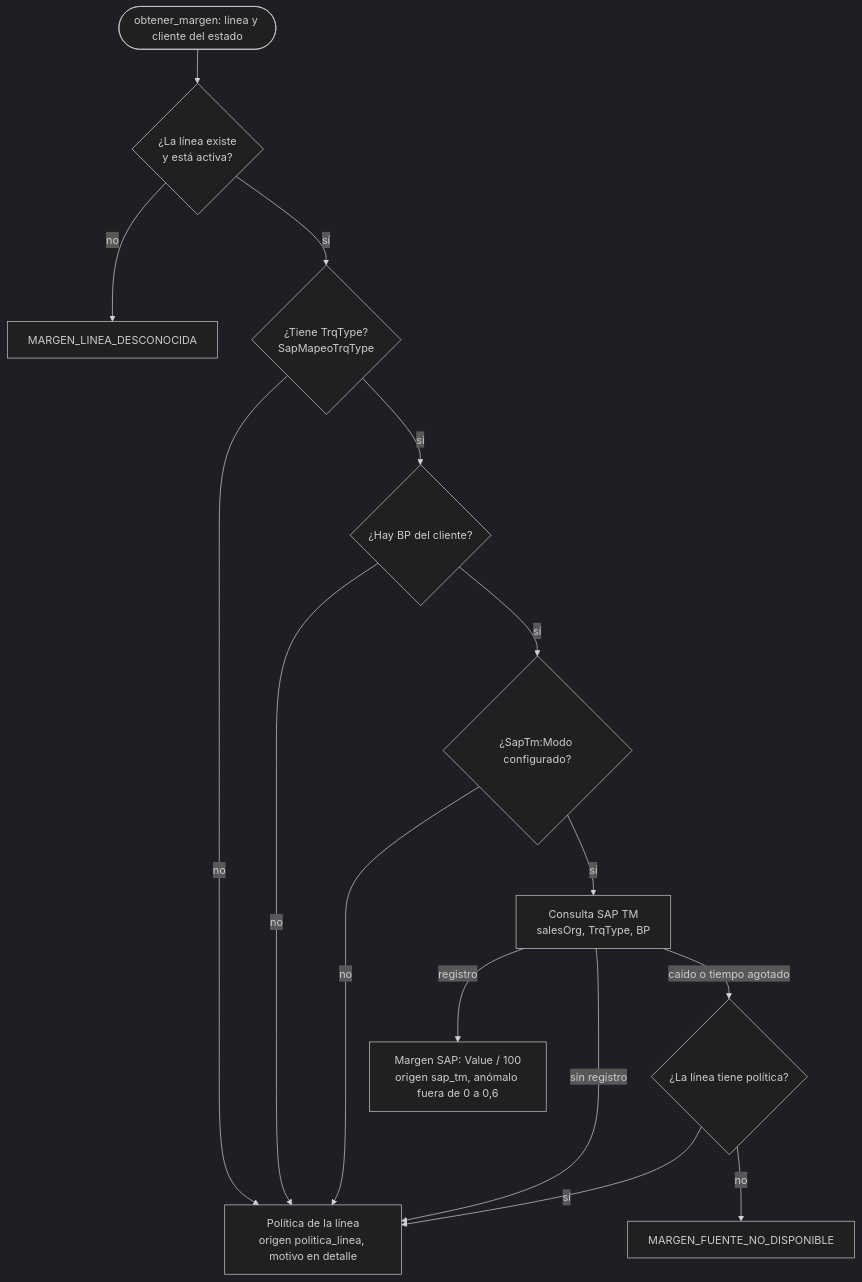
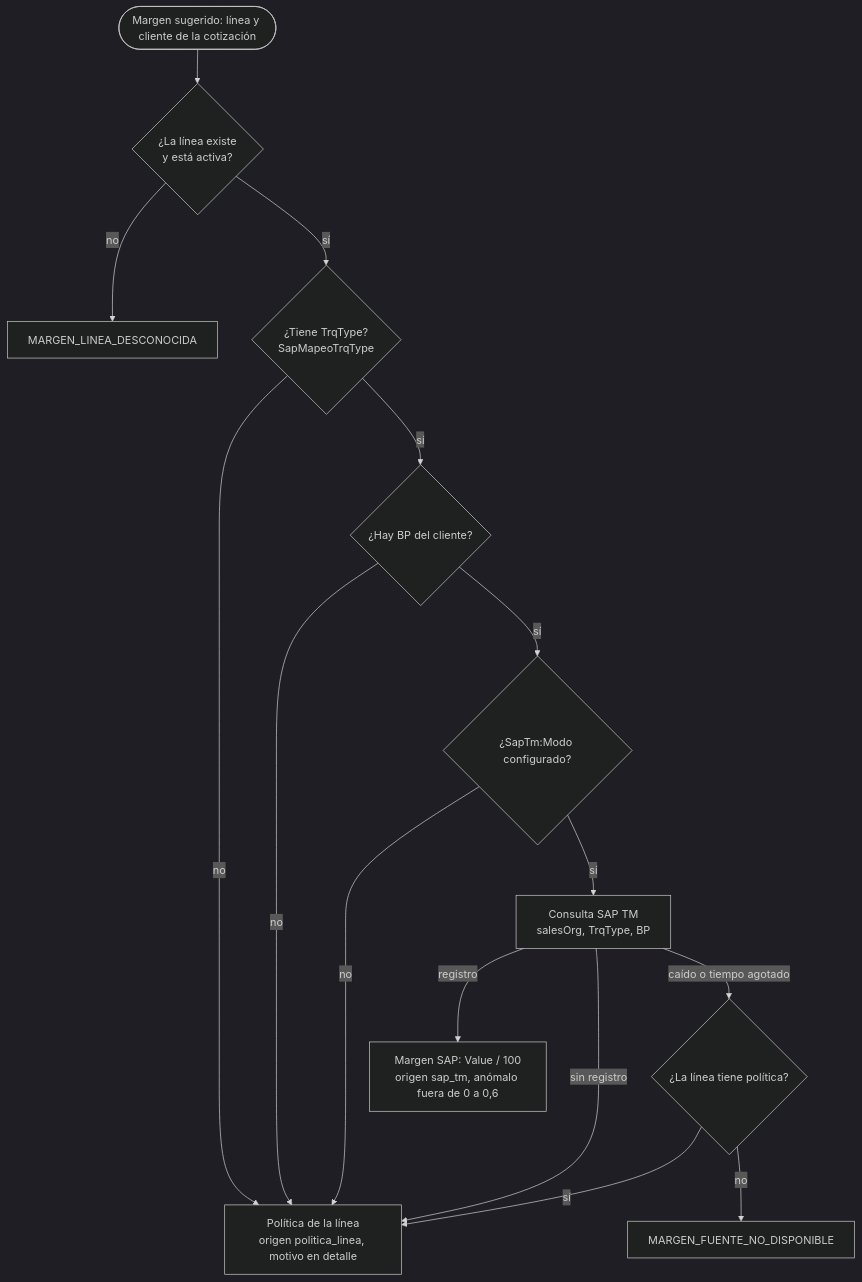
One commit to InnovacionIA-proyectos/Cotifly changed the fourth of 6 diagrams in backend-dotnet/docs/04-flujo-del-sistema.md. Above: the diagram before and after it, drawn with Mermaid (dark theme). The commit also changed other lines of this file and 31 other files, not shown here.

````diff
--- a/backend-dotnet/docs/04-flujo-del-sistema.md
+++ b/backend-dotnet/docs/04-flujo-del-sistema.md
@@ -108,17 +97,17 @@
 ```mermaid
 flowchart TD
-    inicio([obtener_margen: línea y cliente del estado]) --> linea{¿La línea existe<br/>y está activa?}
+    inicio([Margen sugerido: línea y cliente de la cotización]) --> linea{¿La línea existe<br/>y está activa?}
     linea -- no --> desconocida[MARGEN_LINEA_DESCONOCIDA]
     linea -- sí --> trq{¿Tiene TrqType?<br/>SapMapeoTrqType}
     trq -- no --> politica
     trq -- sí --> bp{¿Hay BP del cliente?}
     bp -- no --> politica[Política de la línea<br/>origen politica_linea, motivo en detalle]
     bp -- sí --> modo{¿SapTm:Modo configurado?}
     modo -- no --> politica
     modo -- sí --> sap[Consulta SAP TM<br/>salesOrg, TrqType, BP]
     sap -- "registro" --> saptm[Margen SAP: Value / 100<br/>origen sap_tm, anómalo fuera de 0 a 0,6]
     sap -- "sin registro" --> politica
     sap -- "caído o tiempo agotado" --> caido{¿La línea tiene política?}
     caido -- sí --> politica
     caido -- no --> fuente[MARGEN_FUENTE_NO_DISPONIBLE]
 ```
````
